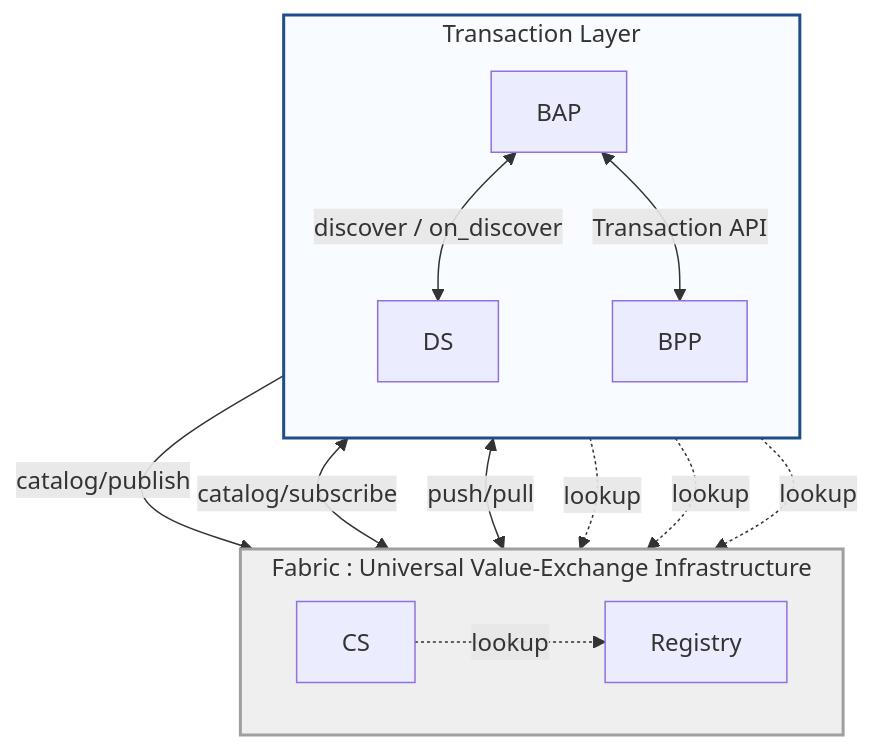
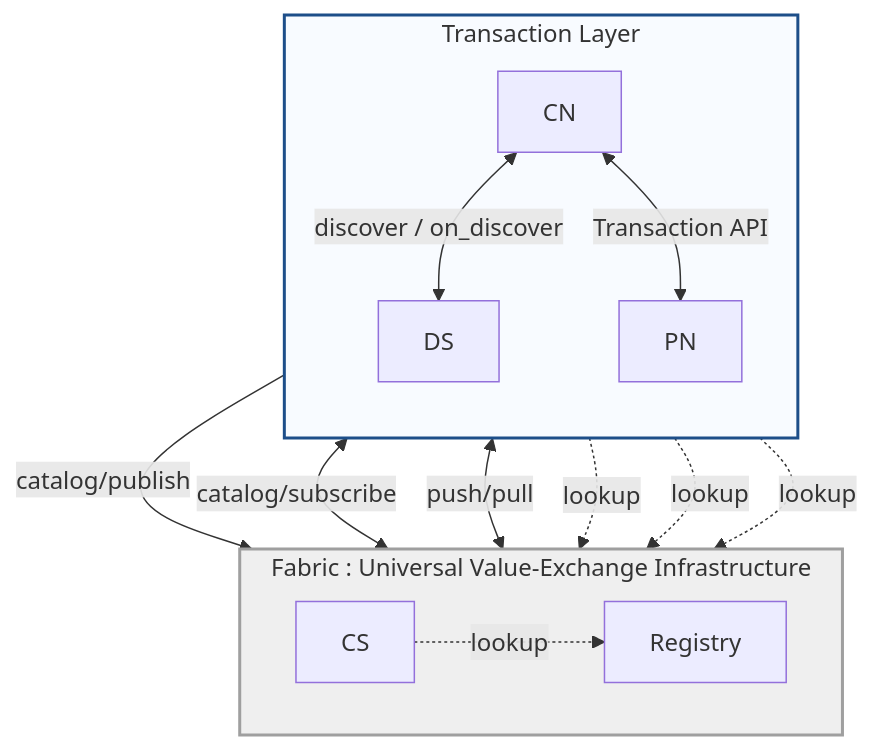
Before and after one commit to louislarry/protocol-specifications-v2: the second of 4 diagrams in docs/The_Beckn_Protocol_Stack.md, drawn with Mermaid. The commit also changed other lines of this file and 8 other files, not shown here.

First line of the commit message:
Rename BAP/BPP terminology to Consumer Node (CN) / Provider Node (PN)

````diff
--- a/docs/The_Beckn_Protocol_Stack.md
+++ b/docs/The_Beckn_Protocol_Stack.md
@@ -107,26 +107,26 @@
 ```mermaid
 flowchart TB
     subgraph TOP[Transaction Layer]
         direction TB
-        BAP <-->|discover / on_discover| DS
-        BAP <-->|Transaction API| BPP
+        CN <-->|discover / on_discover| DS
+        CN <-->|Transaction API| PN
     end
 
     subgraph BOTTOM[Fabric : Universal Value-Exchange Infrastructure]
         direction LR
         REG[Registry]
         CS[CS]
     end
 
-    BPP -->|catalog/publish| CS
+    PN -->|catalog/publish| CS
     DS <-->|catalog/subscribe| CS
     DS <-->|push/pull| CS
 
-    BAP -.->|lookup| REG
-    BPP -.->|lookup| REG
+    CN -.->|lookup| REG
+    PN -.->|lookup| REG
     DS -.->|lookup| REG
     CS -.->|lookup| REG
 
     style TOP fill:#f8fbff,stroke:#1d4e89,stroke-width:2px
     style BOTTOM fill:#efefef,stroke:#9f9f9f,stroke-width:2px
 ```
````
